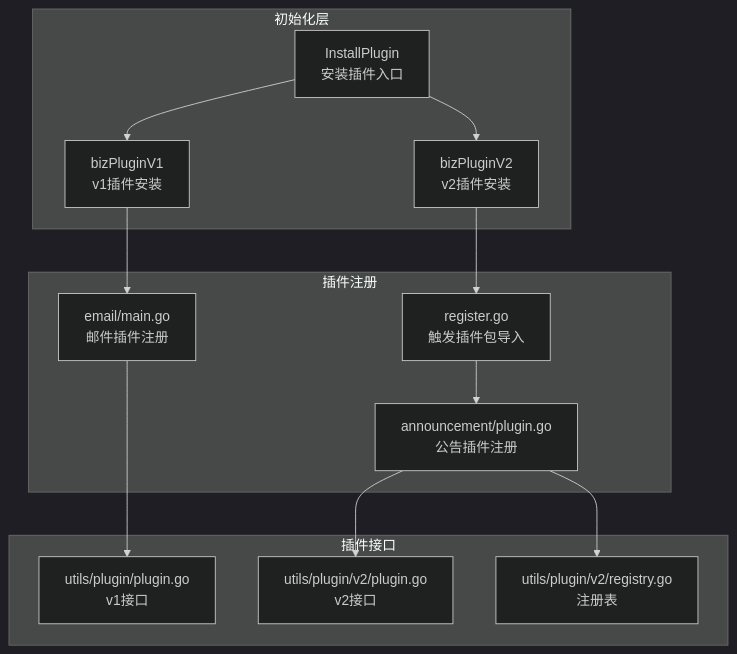
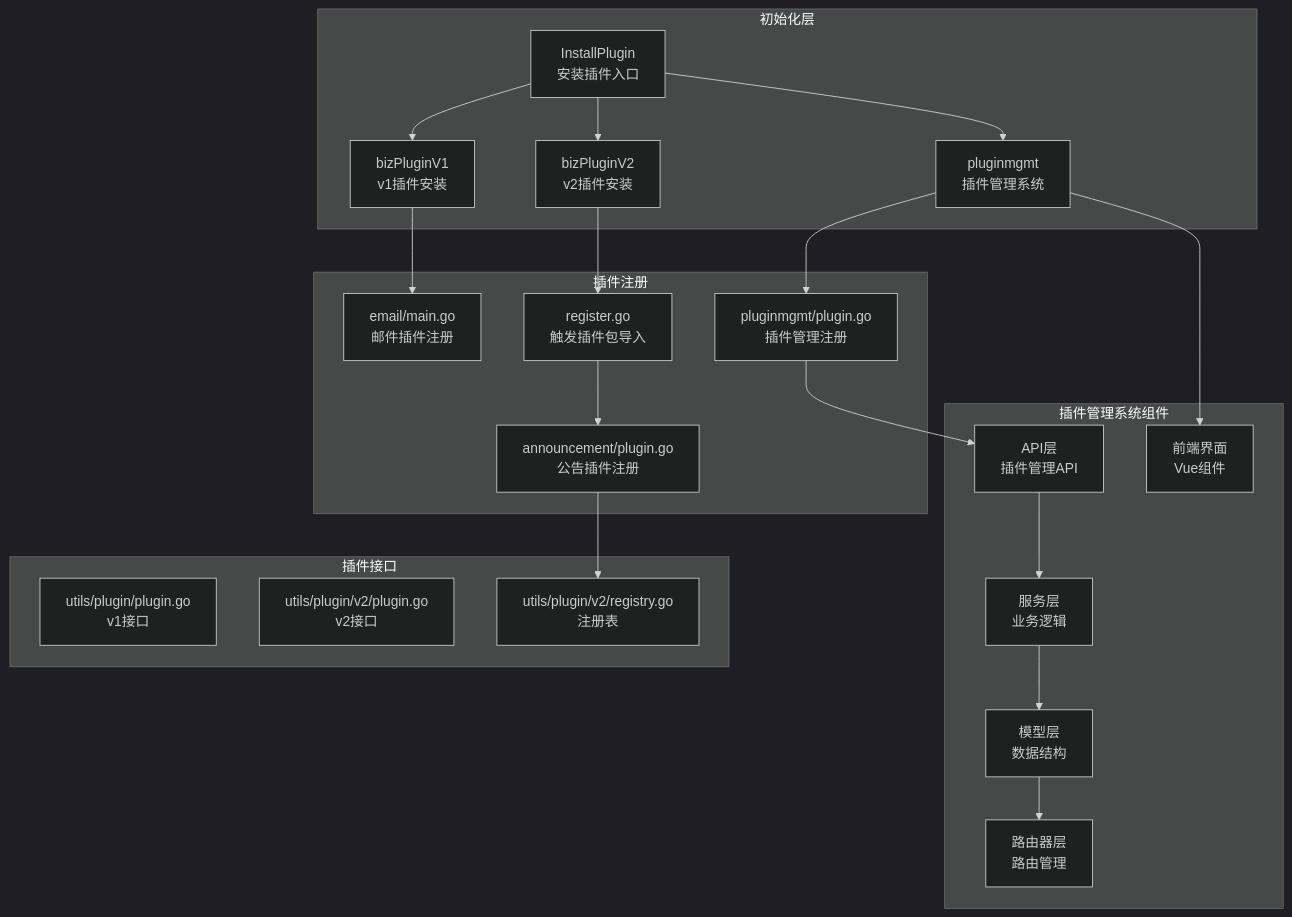
One commit to Xiaomajohn/gin-vue-admin-myself changed the first of 9 diagrams in .qoder/repowiki/zh/content/插件系统架构/插件管理系统.md. Above: the diagram before and after it, drawn with Mermaid (dark theme). The commit also changed other lines of this file and 5 other files, not shown here.

````diff
--- a/.qoder/repowiki/zh/content/插件系统架构/插件管理系统.md
+++ b/.qoder/repowiki/zh/content/插件系统架构/插件管理系统.md
@@ -40,26 +62,40 @@
 ```mermaid
 graph TB
 subgraph "初始化层"
 INIT["InstallPlugin<br/>安装插件入口"]
 V1["bizPluginV1<br/>v1插件安装"]
 V2["bizPluginV2<br/>v2插件安装"]
+PM["pluginmgmt<br/>插件管理系统"]
 end
 subgraph "插件注册"
 REG["register.go<br/>触发插件包导入"]
 ANN["announcement/plugin.go<br/>公告插件注册"]
 EMAIL["email/main.go<br/>邮件插件注册"]
+PMREG["pluginmgmt/plugin.go<br/>插件管理注册"]
 end
 subgraph "插件接口"
 IF1["utils/plugin/plugin.go<br/>v1接口"]
 IF2["utils/plugin/v2/plugin.go<br/>v2接口"]
 REGISTRY["utils/plugin/v2/registry.go<br/>注册表"]
 end
+subgraph "插件管理系统组件"
+API["API层<br/>插件管理API"]
+SERVICE["服务层<br/>业务逻辑"]
+MODEL["模型层<br/>数据结构"]
+ROUTER["路由器层<br/>路由管理"]
+FRONT["前端界面<br/>Vue组件"]
+end
 INIT --> V1
 INIT --> V2
+INIT --> PM
 V1 --> EMAIL
 V2 --> REG
 REG --> ANN
 ANN --> REGISTRY
-EMAIL --> IF1
-ANN --> IF2
+PM --> PMREG
+PMREG --> API
+API --> SERVICE
+SERVICE --> MODEL
+MODEL --> ROUTER
+PM --> FRONT
 ```
````
